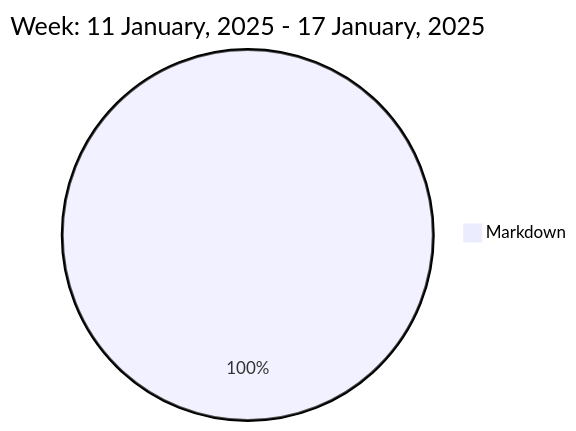
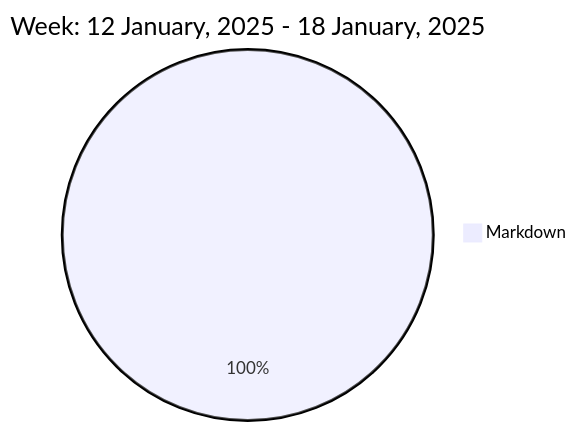
One commit to liubin95/liubin95 changed the diagram in README.md. Above: the diagram before and after it, drawn with Mermaid.

Commit message:
Updated the Graph with new Metrics

````diff
--- a/README.md
+++ b/README.md
@@ -37,5 +37,5 @@
 ```mermaid
  pie
-title Week: 11 January, 2025 - 17 January, 2025
+title Week: 12 January, 2025 - 18 January, 2025
  "Markdown" : 2.72
 ```
````
